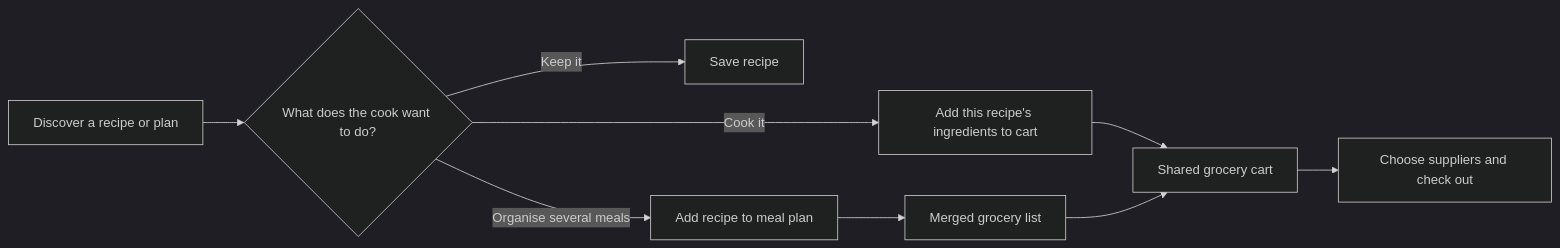
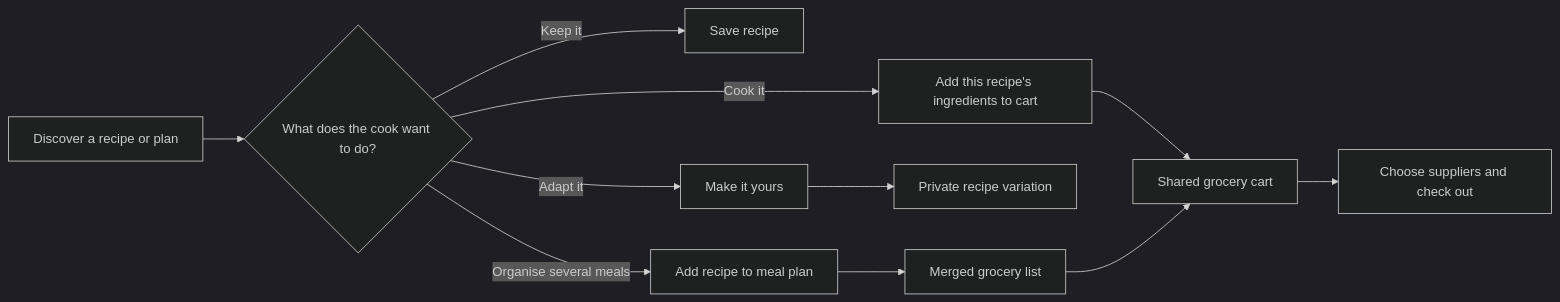
Before and after one commit to snowballking/home-recipe-app: the diagram in docs/superpowers/specs/2026-08-02-social-feed-grocery-ux-design.md, drawn with Mermaid (dark theme). The commit also changed other lines of this file, not shown here.

Commit message:
docs: clarify recipe adjustment journey

````diff
--- a/docs/superpowers/specs/2026-08-02-social-feed-grocery-ux-design.md
+++ b/docs/superpowers/specs/2026-08-02-social-feed-grocery-ux-design.md
@@ -13,11 +13,13 @@
 ```mermaid
 flowchart LR
   A[Discover a recipe or plan] --> B{What does the cook want to do?}
   B -->|Keep it| C[Save recipe]
   B -->|Cook it| D[Add this recipe's ingredients to cart]
   B -->|Organise several meals| E[Add recipe to meal plan]
+  B -->|Adapt it| I[Make it yours]
+  I --> J[Private recipe variation]
   E --> F[Merged grocery list]
   D --> G[Shared grocery cart]
   F --> G
   G --> H[Choose suppliers and check out]
 ```
````
